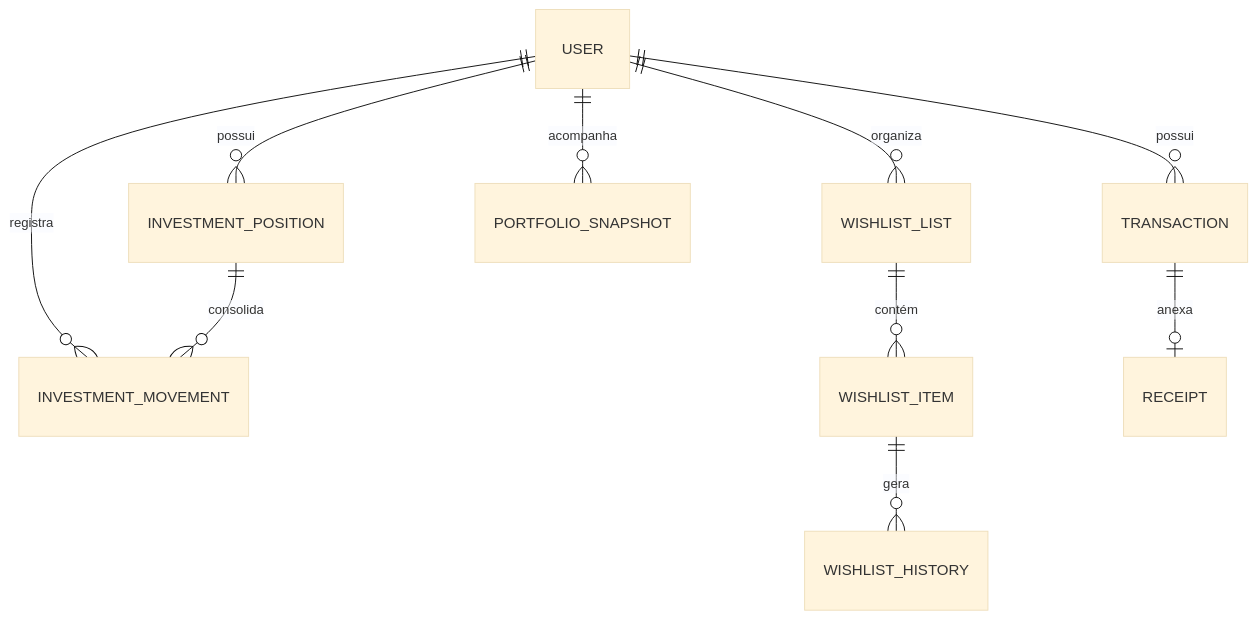
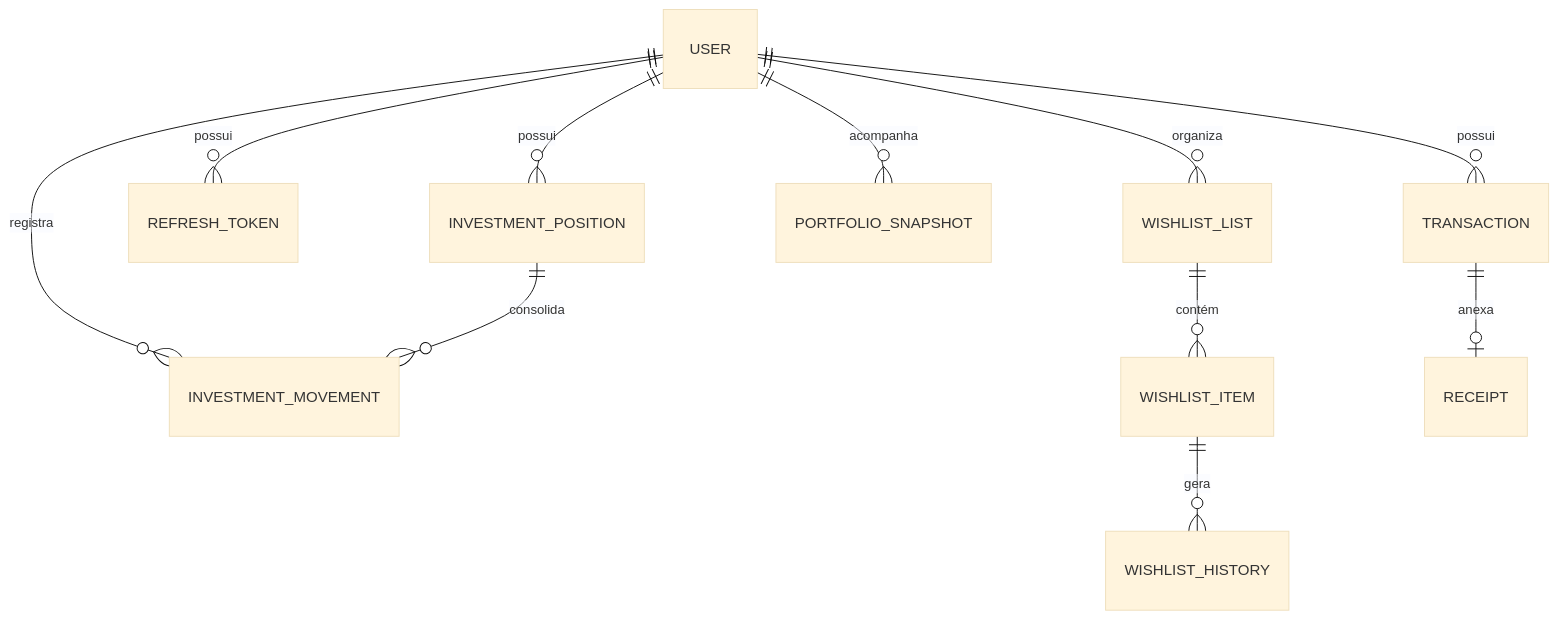
The third of 5 diagrams in docs/ARCHITECTURE.md (Guilhermecorral/Controle-de-Gastos), drawn with Mermaid (base theme) before and after one commit. The commit also changed other lines of this file and 32 other files, not shown here.

````diff
--- a/docs/ARCHITECTURE.md
+++ b/docs/ARCHITECTURE.md
@@ -91,12 +91,13 @@
 ```mermaid
 erDiagram
     USER ||--o{ TRANSACTION : possui
+    USER ||--o{ REFRESH_TOKEN : possui
     USER ||--o{ INVESTMENT_POSITION : possui
     USER ||--o{ INVESTMENT_MOVEMENT : registra
     USER ||--o{ PORTFOLIO_SNAPSHOT : acompanha
     USER ||--o{ WISHLIST_LIST : organiza
     WISHLIST_LIST ||--o{ WISHLIST_ITEM : contém
     WISHLIST_ITEM ||--o{ WISHLIST_HISTORY : gera
     TRANSACTION ||--o| RECEIPT : anexa
     INVESTMENT_POSITION ||--o{ INVESTMENT_MOVEMENT : consolida
 ```
````
